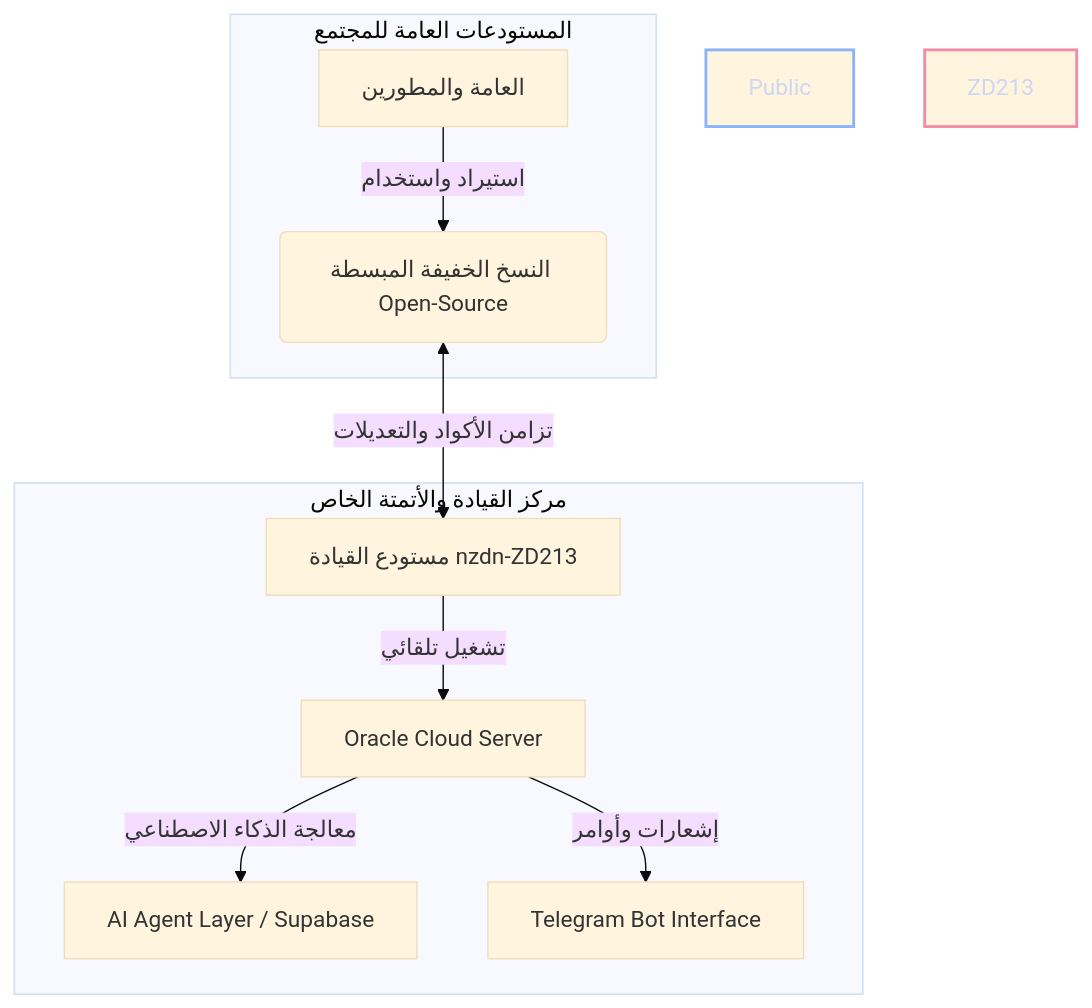
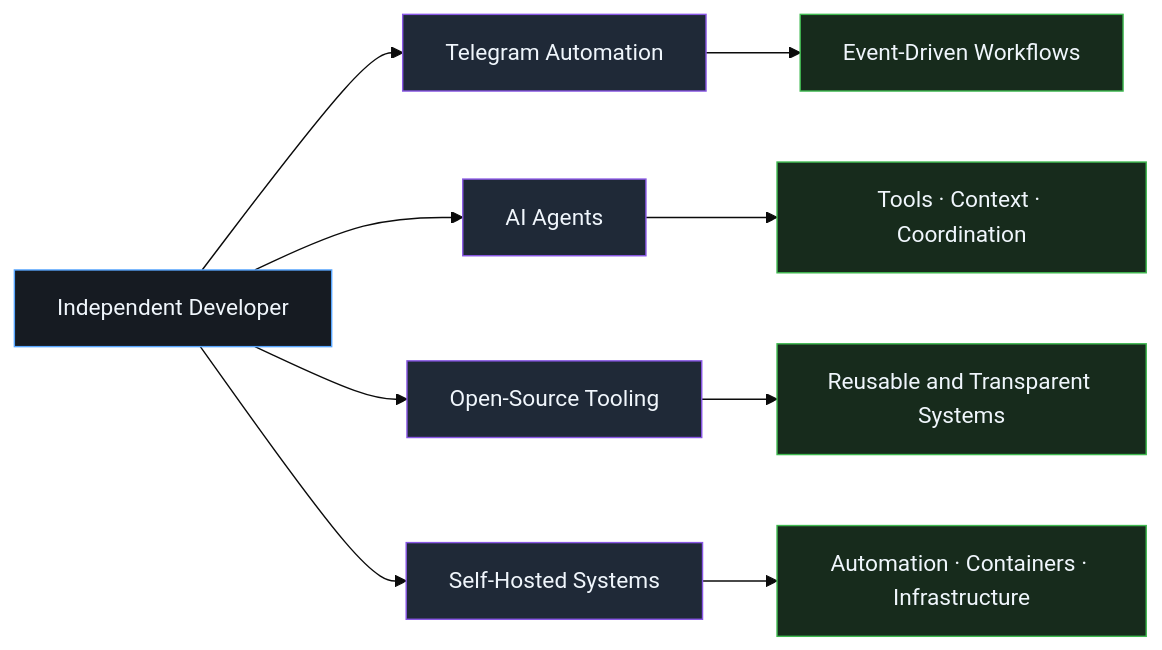
Before and after one commit to walid-zd213/walid-zd213: the diagram in README.md, drawn with Mermaid (base theme). The commit also changed other lines of this file and 1 other file, not shown here.

````diff
--- a/README.md
+++ b/README.md
@@ -41,16 +90,20 @@
 ```mermaid
-graph TD
-    subgraph Public Realm [المستودعات العامة للمجتمع]
-        A[العامة والمطورين] -->|استيراد واستخدام| B(النسخ الخفيفة المبسطة Open-Source)
-    end
+flowchart LR
+    A[Independent Developer] --> B[Telegram Automation]
+    A --> C[AI Agents]
+    A --> D[Open-Source Tooling]
+    A --> E[Self-Hosted Systems]
 
-    subgraph ZD213 Core Engine [مركز القيادة والأتمتة الخاص]
-        B <-->|تزامن الأكواد والتعديلات| C[مستودع القيادة nzdn-ZD213]
-        C -->|تشغيل تلقائي| D[Oracle Cloud Server]
-        D -->|معالجة الذكاء الاصطناعي| E[AI Agent Layer / Supabase]
-        D -->|إشعارات وأوامر| F[Telegram Bot Interface]
-    end
+    B --> F[Event-Driven Workflows]
+    C --> G[Tools · Context · Coordination]
+    D --> H[Reusable and Transparent Systems]
+    E --> I[Automation · Containers · Infrastructure]
 
-    style Public Realm fill:#1e1e2e,stroke:#89b4fa,stroke-width:2px,color:#cdd6f4
-    style ZD213 Core Engine fill:#11111b,stroke:#f38ba8,stroke-width:2px,color:#cdd6f4
+    classDef identity fill:#161b22,stroke:#58a6ff,color:#f0f6fc;
+    classDef focus fill:#1f2937,stroke:#8957e5,color:#f0f6fc;
+    classDef direction fill:#172b1c,stroke:#3fb950,color:#f0f6fc;
+
+    class A identity;
+    class B,C,D,E focus;
+    class F,G,H,I direction;
 ```
````
